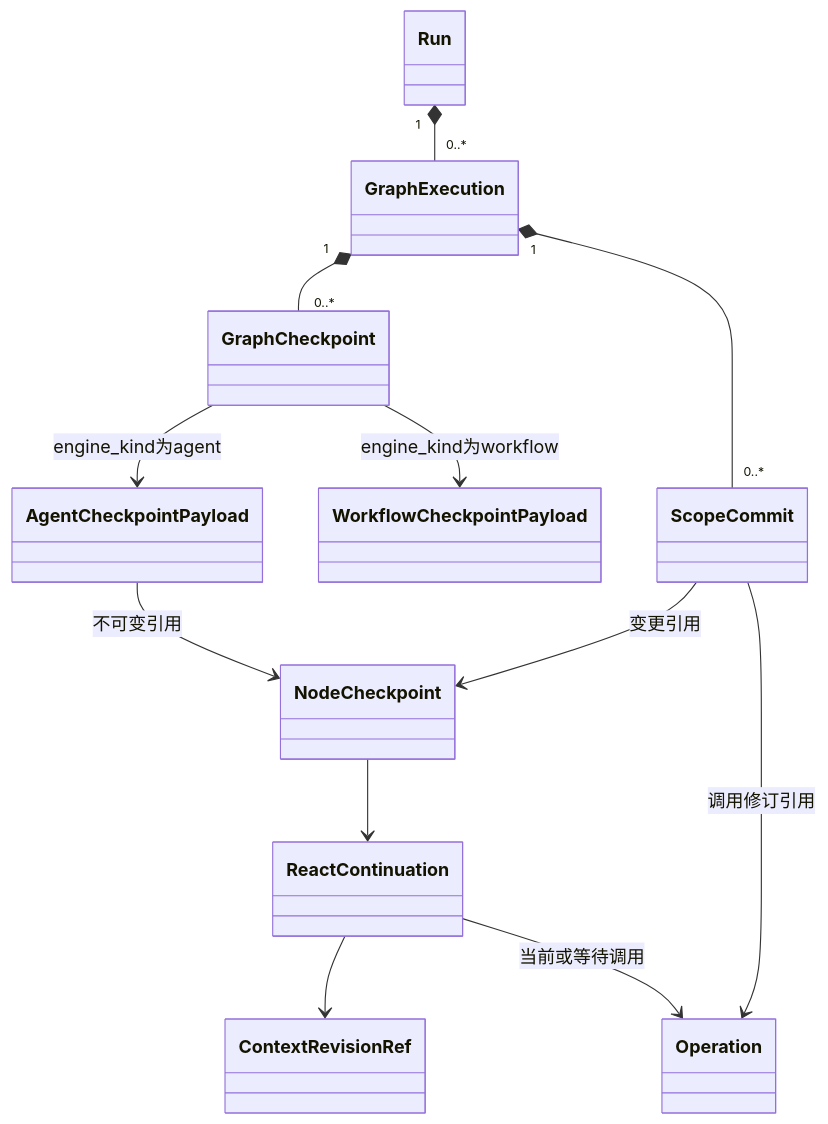
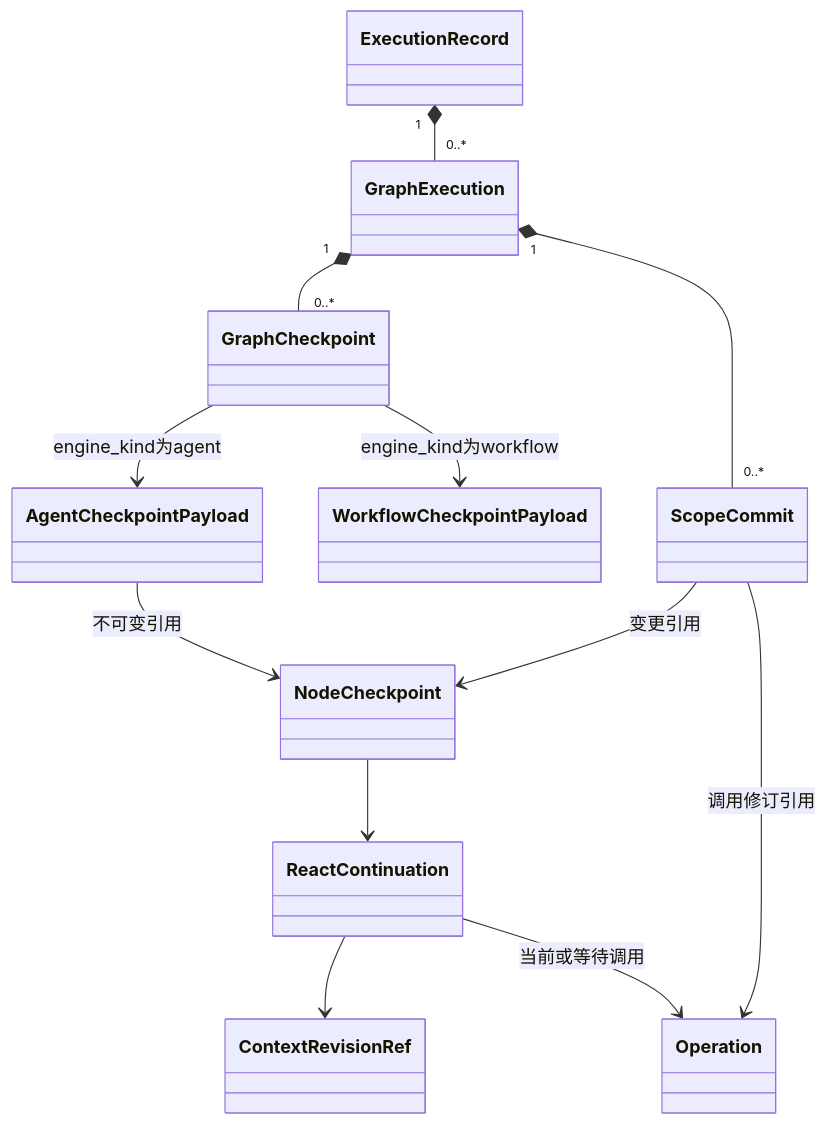
The diagram in docs/sdk/checkpoints.md (dujian0068/agent-loom), drawn with Mermaid before and after one commit. The commit also changed other lines of this file and 28 other files, not shown here.

````diff
--- a/docs/sdk/checkpoints.md
+++ b/docs/sdk/checkpoints.md
@@ -441,24 +441,24 @@
 ```mermaid
 classDiagram
-    class Run
+    class ExecutionRecord
     class GraphExecution
     class GraphCheckpoint
     class AgentCheckpointPayload
     class WorkflowCheckpointPayload
     class NodeCheckpoint
     class ReactContinuation
     class ContextRevisionRef
     class Operation
     class ScopeCommit
-    Run "1" *-- "0..*" GraphExecution
+    ExecutionRecord "1" *-- "0..*" GraphExecution
     GraphExecution "1" *-- "0..*" GraphCheckpoint
     GraphExecution "1" *-- "0..*" ScopeCommit
     GraphCheckpoint --> AgentCheckpointPayload : engine_kind为agent
     GraphCheckpoint --> WorkflowCheckpointPayload : engine_kind为workflow
     AgentCheckpointPayload --> NodeCheckpoint : 不可变引用
     NodeCheckpoint --> ReactContinuation
     ReactContinuation --> ContextRevisionRef
     ReactContinuation --> Operation : 当前或等待调用
     ScopeCommit --> NodeCheckpoint : 变更引用
     ScopeCommit --> Operation : 调用修订引用
 ```
````
